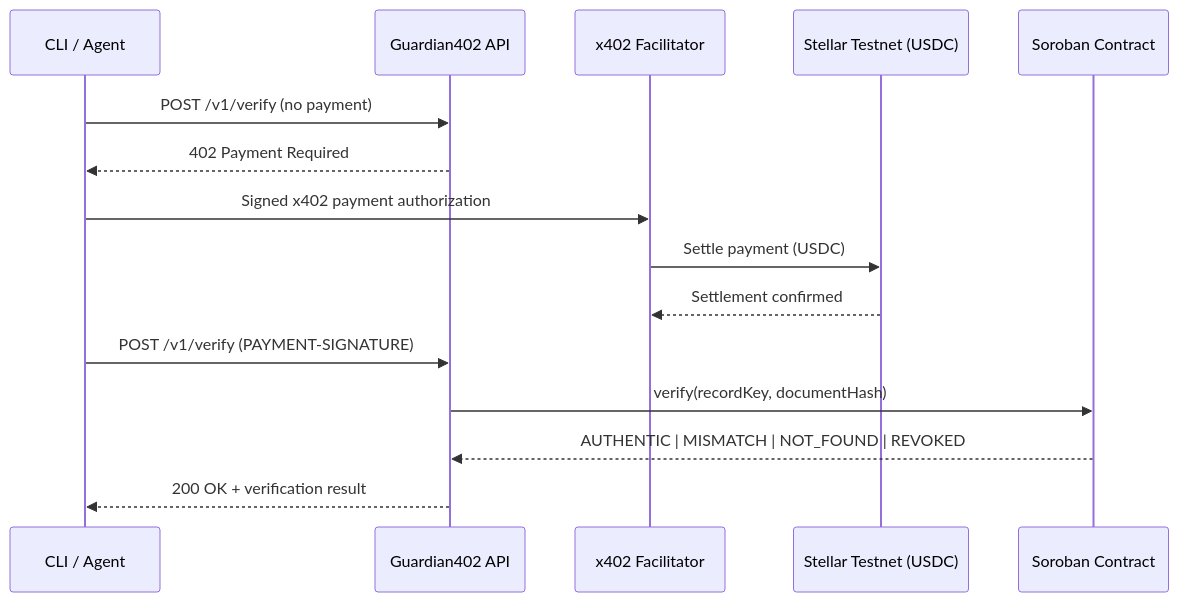
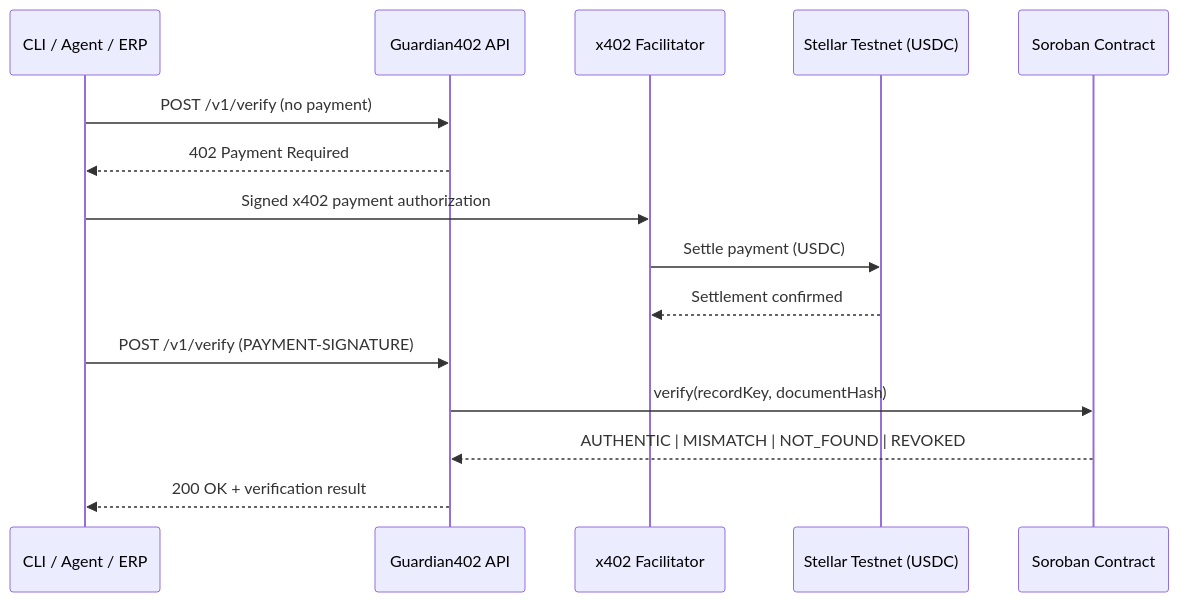
Before and after one commit to SilvaCleverson/guardian402: the diagram in README.md, drawn with Mermaid. The commit also changed other lines of this file and 4 other files, not shown here.

````diff
--- a/README.md
+++ b/README.md
@@ -40,18 +44,18 @@
 ```mermaid
 sequenceDiagram
-    participant Agent as CLI / Agent
+    participant Agent as CLI / Agent / ERP
     participant API as Guardian402 API
     participant Facilitator as x402 Facilitator
     participant Stellar as Stellar Testnet (USDC)
     participant Soroban as Soroban Contract
 
     Agent->>API: POST /v1/verify (no payment)
     API-->>Agent: 402 Payment Required
     Agent->>Facilitator: Signed x402 payment authorization
     Facilitator->>Stellar: Settle payment (USDC)
     Stellar-->>Facilitator: Settlement confirmed
     Agent->>API: POST /v1/verify (PAYMENT-SIGNATURE)
     API->>Soroban: verify(recordKey, documentHash)
     Soroban-->>API: AUTHENTIC | MISMATCH | NOT_FOUND | REVOKED
     API-->>Agent: 200 OK + verification result
 ```
````
